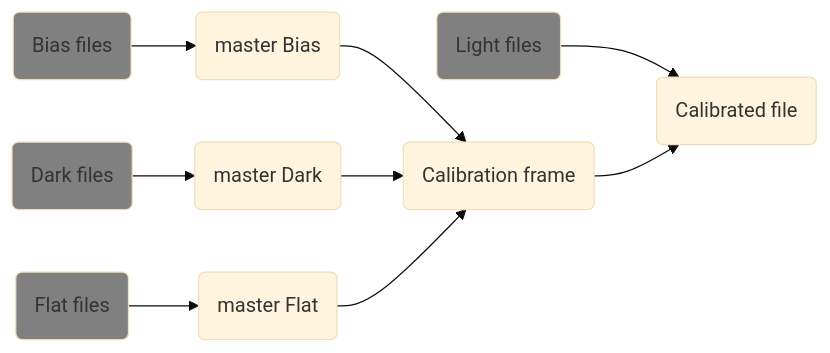
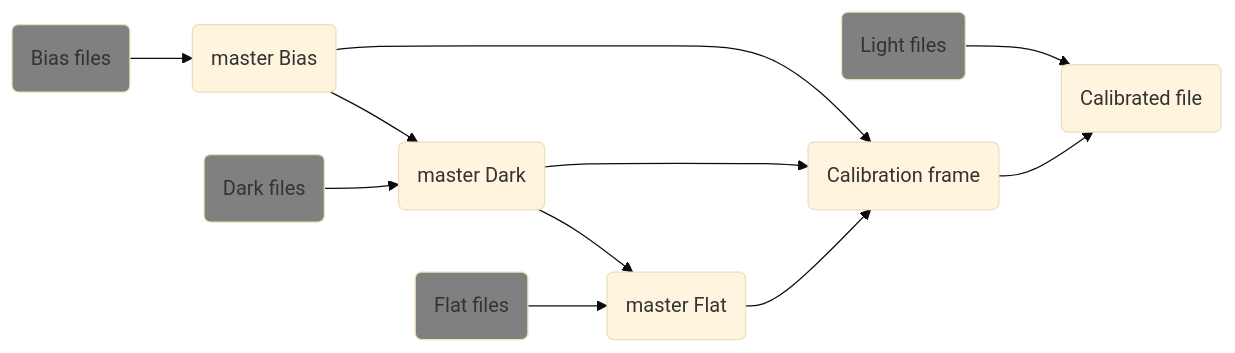
The first of 2 diagrams in readme.md (AstroPhotometry/AstroPhotometry), drawn with Mermaid (base theme) before and after one commit.

Commit message:
graph fix

````diff
--- a/readme.md
+++ b/readme.md
@@ -17,18 +17,21 @@
 ```mermaid
 graph LR
-
     biasF(Bias files):::input --> biasM(master Bias)
+    biasM --> darkM
+    darkM --> flatM
     darkF(Dark files):::input --> darkM(master Dark)
     flatF(Flat files):::input --> flatM(master Flat)
+
+
     lightF(Light files):::input
     classDef input fill:grey;
 
     calibration(Calibration frame)
     biasM --> calibration
     darkM --> calibration
     flatM --> calibration
 
     calibrated(Calibrated file)
     lightF --> calibrated
     calibration --> calibrated
 ```
````
